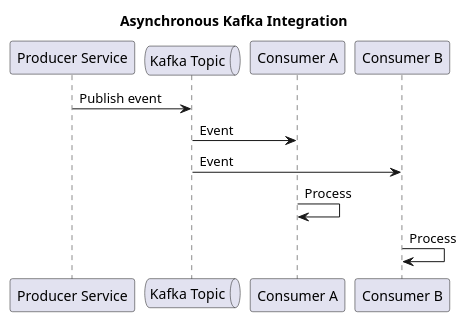
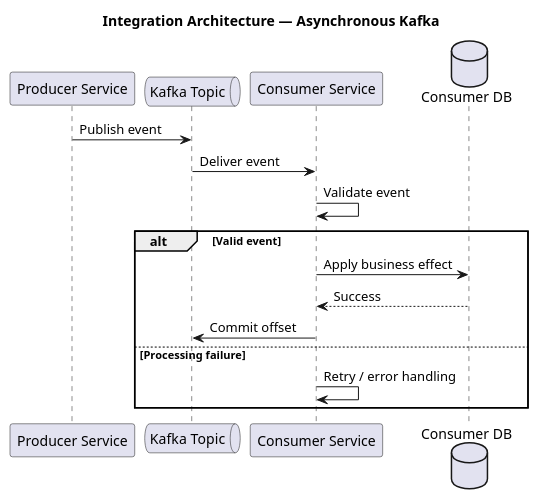
One commit to konstantin-kuzovkin/architecture-portfolio changed the diagram in 03-integration-architecture/diagrams/async-kaka.puml. Above: the diagram before and after it, drawn with PlantUML.

```diff
--- a/03-integration-architecture/diagrams/async-kaka.puml
+++ b/03-integration-architecture/diagrams/async-kaka.puml
@@ -1,18 +1,27 @@
 @startuml
+title Integration Architecture — Asynchronous Kafka
 
-title Asynchronous Kafka Integration
+skinparam componentStyle rectangle
+skinparam shadowing false
 
 participant "Producer Service" as Producer
 queue "Kafka Topic" as Kafka
-participant "Consumer A" as A
-participant "Consumer B" as B
+participant "Consumer Service" as Consumer
+database "Consumer DB" as DB
 
 Producer -> Kafka : Publish event
 
-Kafka -> A : Event
-Kafka -> B : Event
+Kafka -> Consumer : Deliver event
 
-A -> A : Process
-B -> B : Process
+Consumer -> Consumer : Validate event
+
+alt Valid event
+    Consumer -> DB : Apply business effect
+    DB --> Consumer : Success
+    Consumer -> Kafka : Commit offset
+
+else Processing failure
+    Consumer -> Consumer : Retry / error handling
+end
 
 @enduml
```
